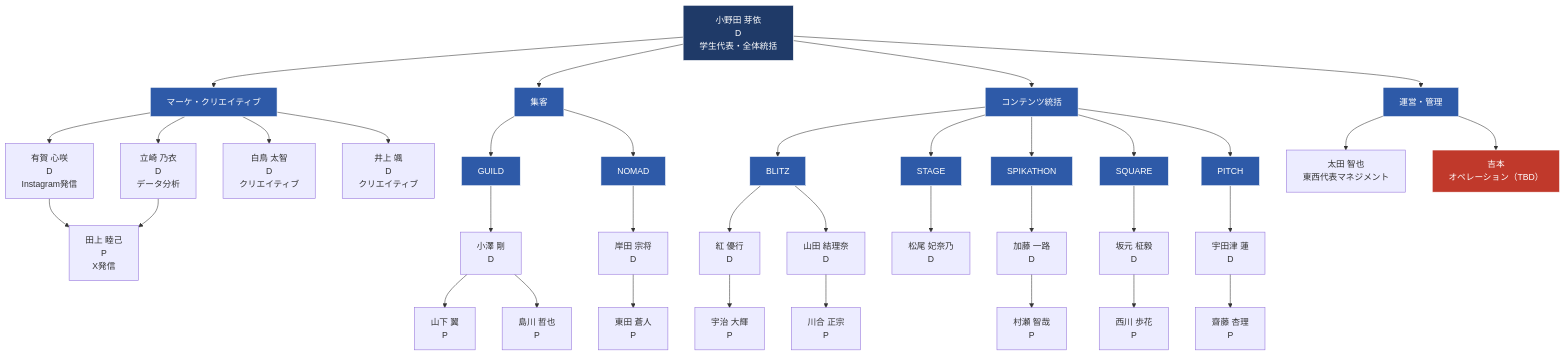
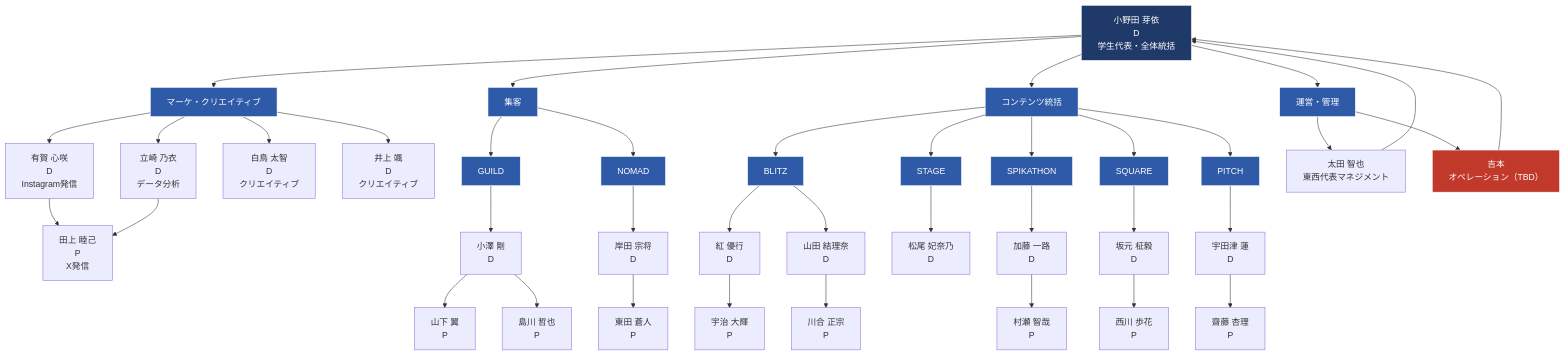
The second of 3 diagrams in spikes-org-chart.md (liofval/spikes_hr), drawn with Mermaid before and after one commit. The commit also changed 1 other file, not shown here.

Commit message:
組織図: 当日オペレーションで太田・吉本を小野田の上に配置

````diff
--- a/spikes-org-chart.md
+++ b/spikes-org-chart.md
@@ -25,57 +25,59 @@
 ```mermaid
 graph TD
     Onoda["小野田 芽依<br/>D<br/>学生代表・全体統括"]
 
     Onoda --> MktHQ["マーケ・クリエイティブ"]
     Onoda --> PromoHQ["集客"]
     Onoda --> ContentHQ["コンテンツ統括"]
     Onoda --> OpsHQ["運営・管理"]
 
     %% マーケ・クリエイティブ
     MktHQ --> Aruga["有賀 心咲<br/>D<br/>Instagram発信"]
     MktHQ --> Tatsuzaki["立崎 乃衣<br/>D<br/>データ分析"]
     MktHQ --> Shiratori["白鳥 太智<br/>D<br/>クリエイティブ"]
     MktHQ --> Inoue["井上 颯<br/>D<br/>クリエイティブ"]
     Aruga --> Tagami["田上 睦己<br/>P<br/>X発信"]
     Tatsuzaki --> Tagami
 
     %% 集客
     PromoHQ --> GUILD["GUILD"]
     PromoHQ --> NOMAD["NOMAD"]
     GUILD --> Ozawa["小澤 剛<br/>D"]
     Ozawa --> Yamashita["山下 翼<br/>P"]
     Ozawa --> Shimakawa["島川 哲也<br/>P"]
     NOMAD --> Kishida["岸田 宗将<br/>D"]
     Kishida --> Azumada["東田 蒼人<br/>P"]
 
     %% コンテンツ
     ContentHQ --> BLITZ["BLITZ"]
     ContentHQ --> STAGE["STAGE"]
     ContentHQ --> SPIKATHON["SPIKATHON"]
     ContentHQ --> SQUARE["SQUARE"]
     ContentHQ --> PITCH["PITCH"]
     BLITZ --> Kurenai["紅 優行<br/>D"]
     BLITZ --> Yamada["山田 結理奈<br/>D"]
     Kurenai --> Uji["宇治 大輝<br/>P"]
     Yamada --> Kawai["川合 正宗<br/>P"]
     STAGE --> Matsuo["松尾 妃奈乃<br/>D"]
     SPIKATHON --> Kato["加藤 一路<br/>D"]
     Kato --> Murase["村瀬 智哉<br/>P"]
     SQUARE --> Sakamoto["坂元 柾毅<br/>D"]
     Sakamoto --> Nishikawa["西川 歩花<br/>P"]
     PITCH --> Udatsu["宇田津 蓮<br/>D"]
     Udatsu --> Saito["齋藤 杏理<br/>P"]
 
     %% 運営・管理
     OpsHQ --> Ota["太田 智也<br/>東西代表マネジメント"]
     OpsHQ --> Yoshimoto["吉本<br/>オペレーション（TBD）"]
+    Ota --> Onoda
+    Yoshimoto --> Onoda
 
     classDef head fill:#1f3a68,stroke:#fff,color:#fff;
     classDef group fill:#2e5aa8,stroke:#fff,color:#fff;
     classDef tbd fill:#c0392b,stroke:#fff,color:#fff;
     class Onoda head;
     class MktHQ,PromoHQ,ContentHQ,OpsHQ group;
     class BLITZ,STAGE,SPIKATHON,SQUARE,PITCH group;
     class GUILD,NOMAD group;
     class Yoshimoto tbd;
 ```
````
